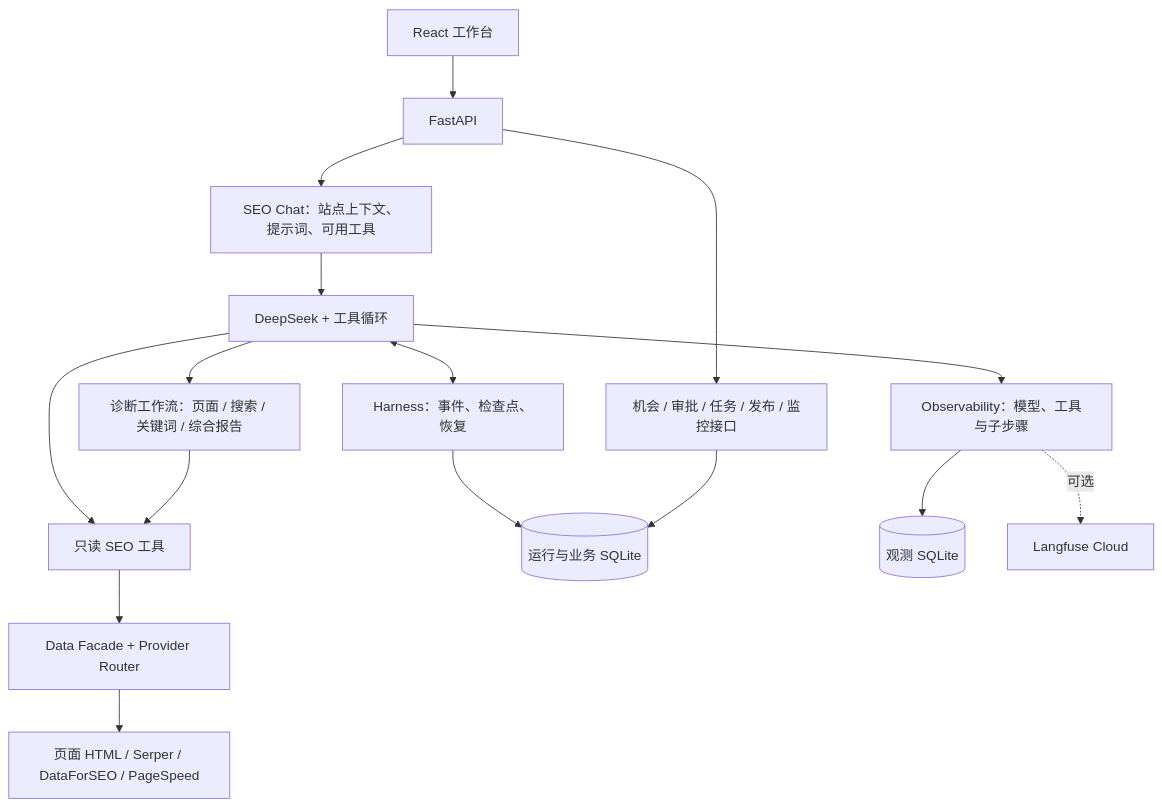
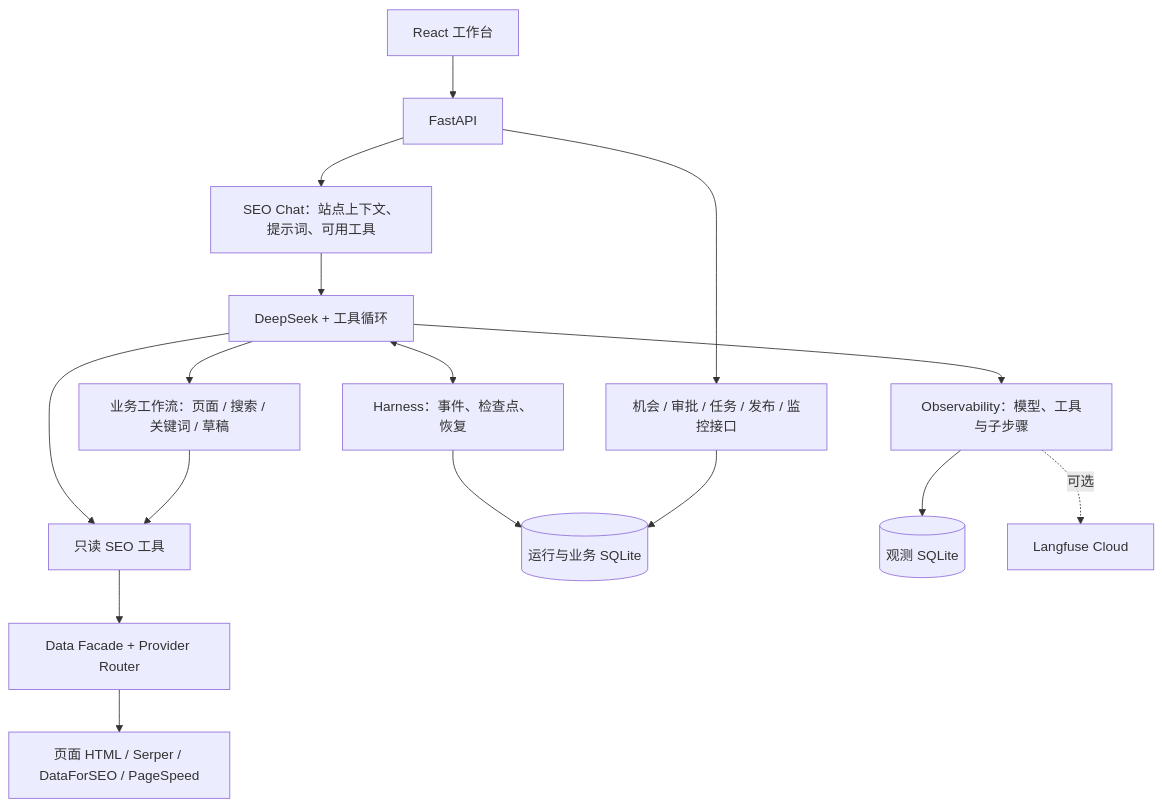
One commit to cheng-sir-0038/seo-diagnosis-agent changed the diagram in README.md. Above: the diagram before and after it, drawn with Mermaid. The commit also changed other lines of this file and 2 other files, not shown here.

````diff
--- a/README.md
+++ b/README.md
@@ -17,18 +22,18 @@
 ```mermaid
 flowchart TB
     UI["React 工作台"] --> API["FastAPI"]
     API --> CHAT["SEO Chat：站点上下文、提示词、可用工具"]
     CHAT --> LOOP["DeepSeek + 工具循环"]
-    LOOP --> WF["诊断工作流：页面 / 搜索 / 关键词 / 综合报告"]
+    LOOP --> WF["业务工作流：页面 / 搜索 / 关键词 / 草稿"]
     LOOP --> TOOL["只读 SEO 工具"]
     WF --> TOOL
     TOOL --> DATA["Data Facade + Provider Router"]
     DATA --> EXT["页面 HTML / Serper / DataForSEO / PageSpeed"]
     LOOP <--> HARNESS["Harness：事件、检查点、恢复"]
     HARNESS --> RUNDB[("运行与业务 SQLite")]
     LOOP --> OBS["Observability：模型、工具与子步骤"]
     OBS --> OBSDB[("观测 SQLite")]
     OBS -.->|可选| LF["Langfuse Cloud"]
     API --> BIZ["机会 / 审批 / 任务 / 发布 / 监控接口"]
     BIZ --> RUNDB
 ```
````
